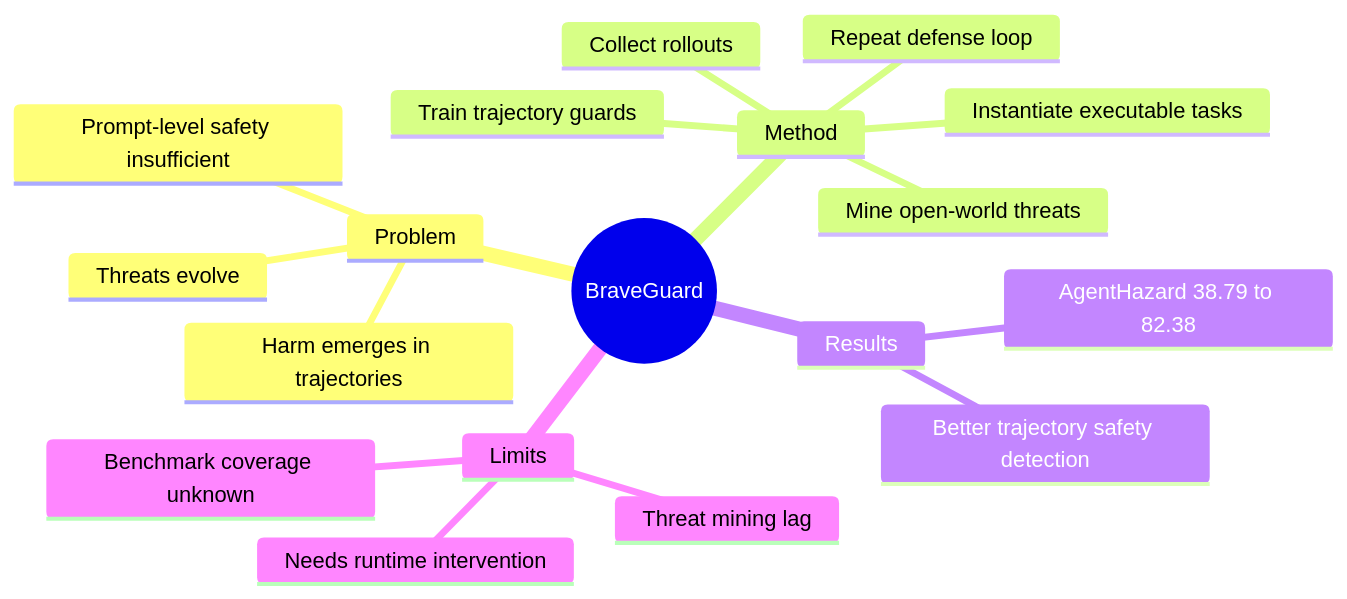
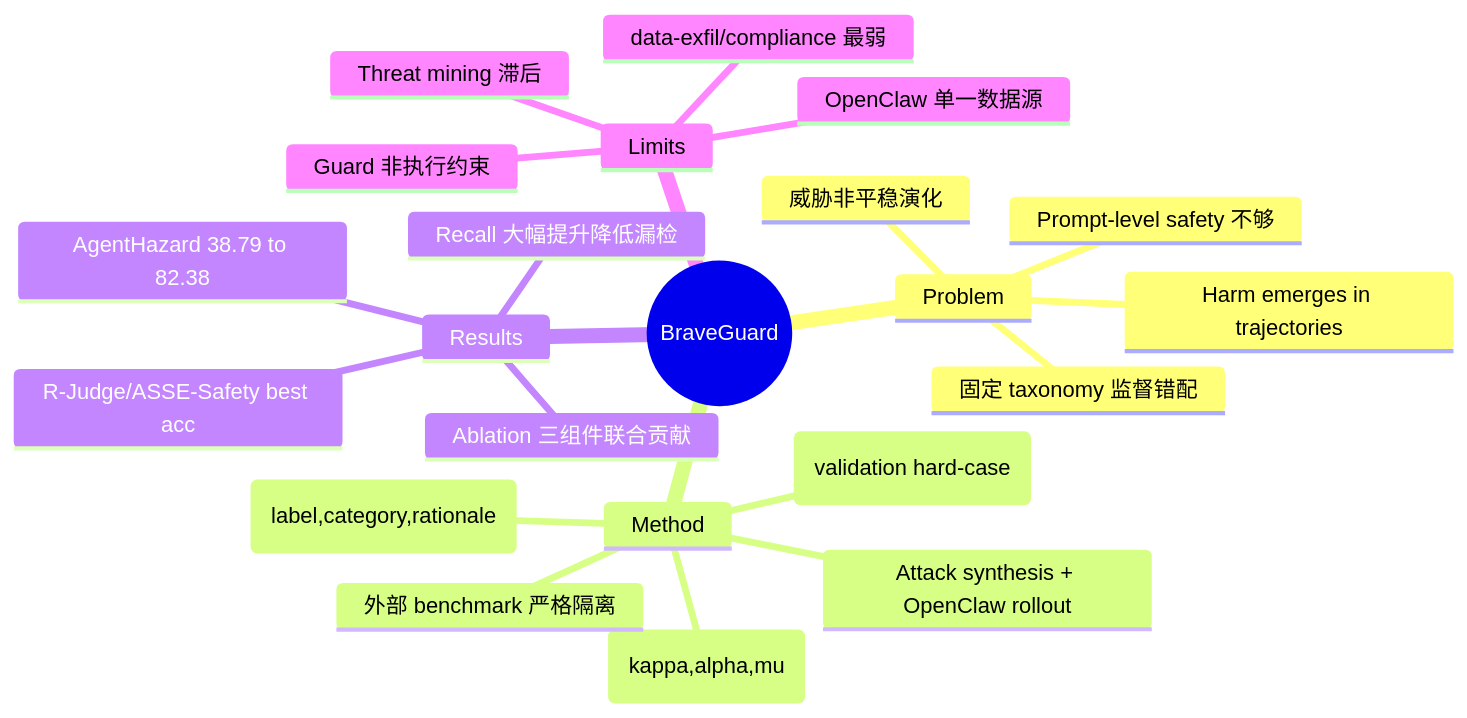
The diagram in Papers/2606-BraveGuard.md (Kendrick-Stein/MCISLAB_DeepRead), drawn with Mermaid before and after one commit. The commit also changed other lines of this file and 21 other files, not shown here.

````diff
--- a/Papers/2606-BraveGuard.md
+++ b/Papers/2606-BraveGuard.md
@@ -85,21 +103,25 @@
 ```mermaid
 mindmap
   root((BraveGuard))
     Problem
-      Prompt-level safety insufficient
+      Prompt-level safety 不够
       Harm emerges in trajectories
-      Threats evolve
+      威胁非平稳演化
+      固定 taxonomy 监督错配
     Method
-      Mine open-world threats
-      Instantiate executable tasks
-      Collect rollouts
-      Train trajectory guards
-      Repeat defense loop
+      Open-world threat discovery z=(kappa,alpha,mu)
+      Attack synthesis + OpenClaw rollout
+      Trajectory supervision (label,category,rationale)
+      Self-evolving loop (validation hard-case)
+      外部 benchmark 严格隔离
     Results
       AgentHazard 38.79 to 82.38
-      Better trajectory safety detection
+      Recall 大幅提升降低漏检
+      Ablation 三组件联合贡献
+      R-Judge/ASSE-Safety best acc
     Limits
-      Threat mining lag
-      Needs runtime intervention
-      Benchmark coverage unknown
+      OpenClaw 单一数据源
+      Threat mining 滞后
+      Guard 非执行约束
+      data-exfil/compliance 最弱
 ```
````
